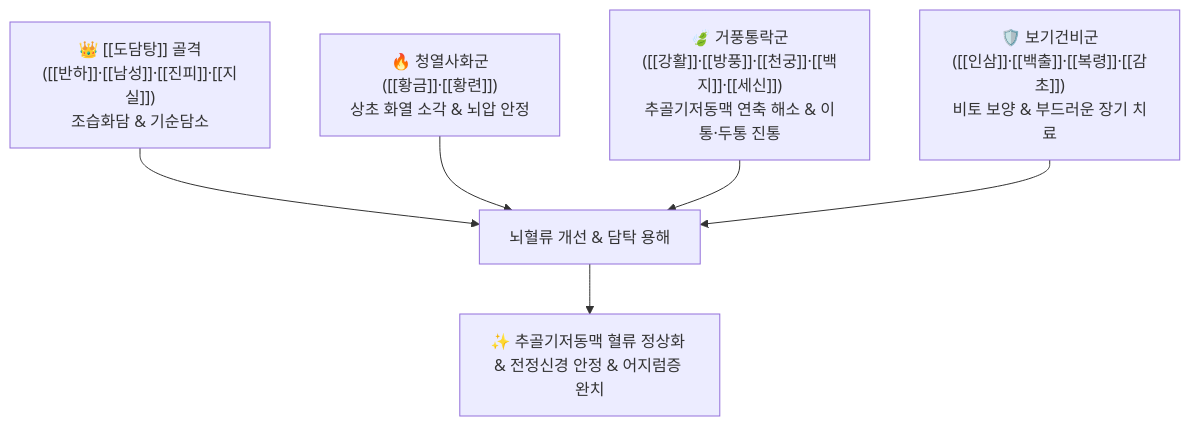
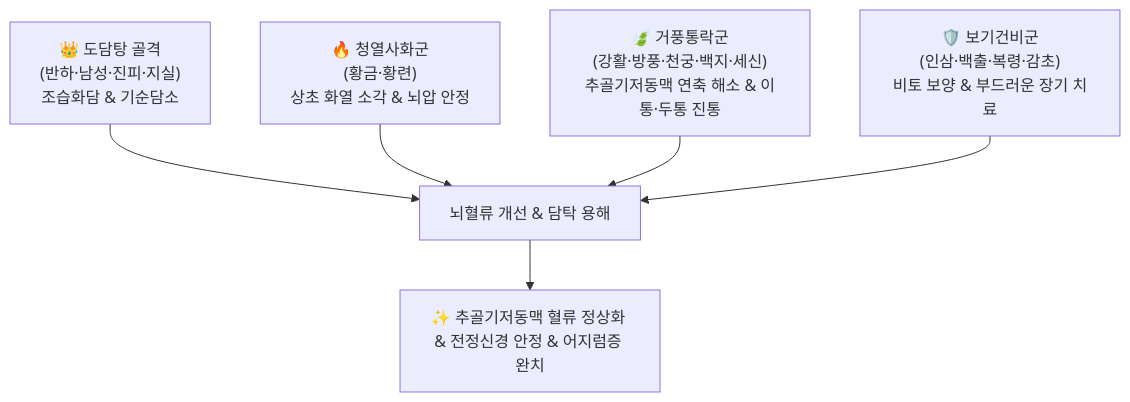
One commit to simbio11/simbio-digital-garden2 changed the diagram in content/2. 약리 공부/처방/03_화담·거습·이수제/청훈화담탕.md. Above: the diagram before and after it, drawn with Mermaid. The commit also changed other lines of this file and 122 other files, not shown here.

````diff
--- a/content/2. 약리 공부/처방/03_화담·거습·이수제/청훈화담탕.md
+++ b/content/2. 약리 공부/처방/03_화담·거습·이수제/청훈화담탕.md
@@ -56,8 +56,8 @@
 ```mermaid
 graph TD
-    DoDam["👑 [[도담탕]] 골격<br>([[반하]]·[[남성]]·[[진피]]·[[지실]])<br>조습화담 & 기순담소"] --> Brain["뇌혈류 개선 & 담탁 용해"]
-    ClearHeat["🔥 청열사화군<br>([[황금]]·[[황련]])<br>상초 화열 소각 & 뇌압 안정"] --> Brain
-    OpenWind["🍃 거풍통락군<br>([[강활]]·[[방풍]]·[[천궁]]·[[백지]]·[[세신]])<br>추골기저동맥 연축 해소 & 이통·두통 진통"] --> Brain
-    Tonify["🛡️ 보기건비군<br>([[인삼]]·[[백출]]·[[복령]]·[[감초]])<br>비토 보양 & 부드러운 장기 치료"] --> Brain
+    DoDam["👑 도담탕 골격<br>(반하·남성·진피·지실)<br>조습화담 & 기순담소"] --> Brain["뇌혈류 개선 & 담탁 용해"]
+    ClearHeat["🔥 청열사화군<br>(황금·황련)<br>상초 화열 소각 & 뇌압 안정"] --> Brain
+    OpenWind["🍃 거풍통락군<br>(강활·방풍·천궁·백지·세신)<br>추골기저동맥 연축 해소 & 이통·두통 진통"] --> Brain
+    Tonify["🛡️ 보기건비군<br>(인삼·백출·복령·감초)<br>비토 보양 & 부드러운 장기 치료"] --> Brain
     Brain --> Result["✨ 추골기저동맥 혈류 정상화 & 전정신경 안정 & 어지럼증 완치"]
 ```
````
